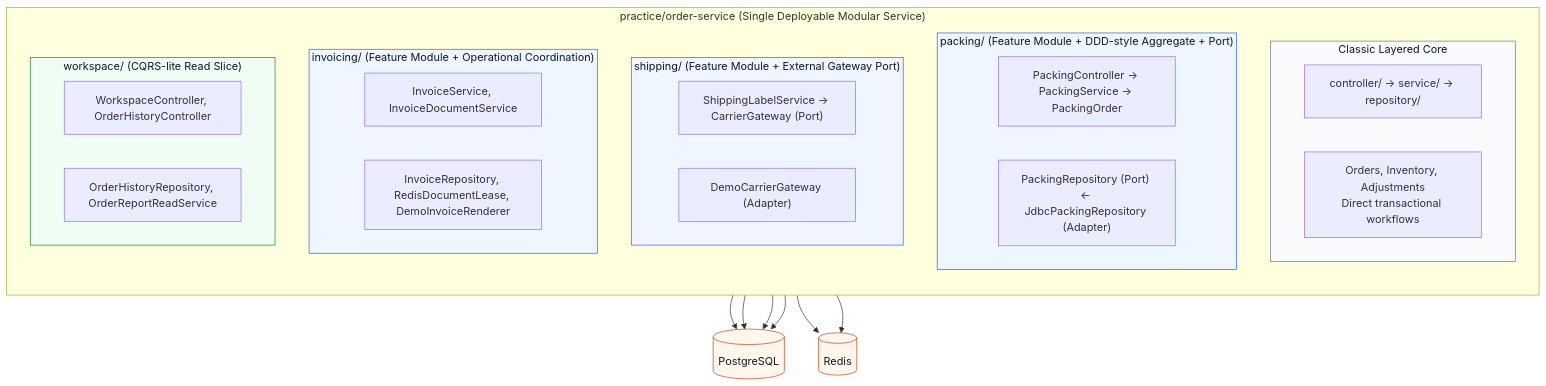
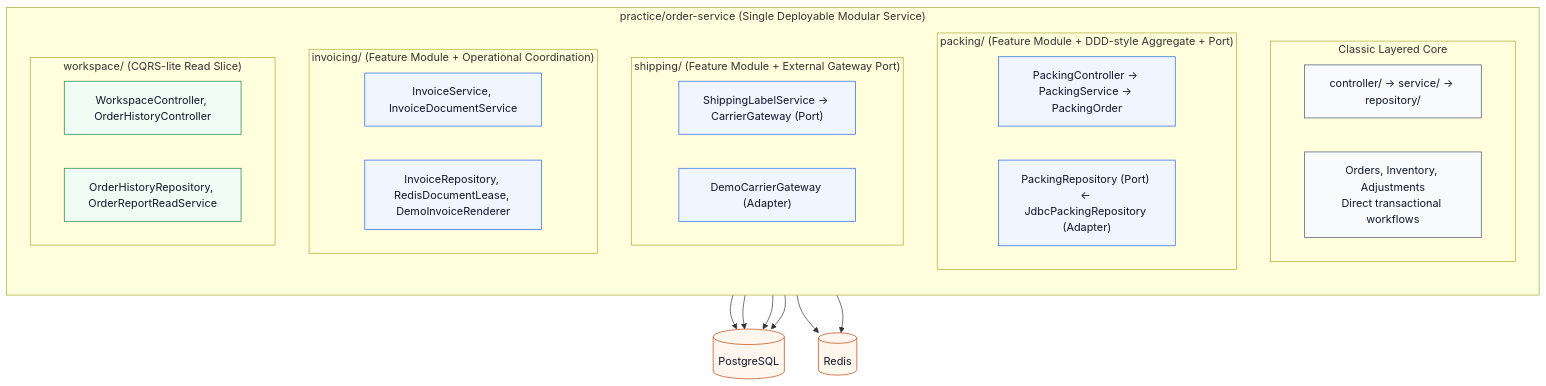
The eighth of 8 diagrams in software-design/repository-architecture-and-design-patterns.md (derricksaw/learning), drawn with Mermaid before and after one commit. The commit also changed other lines of this file, not shown here.

Commit message:
Fix Mermaid parse error and dark-mode contrast in repository architecture note

````diff
--- a/software-design/repository-architecture-and-design-patterns.md
+++ b/software-design/repository-architecture-and-design-patterns.md
@@ -438,48 +439,48 @@
 ```mermaid
 flowchart TB
     subgraph APP["practice/order-service (Single Deployable Modular Service)"]
         direction TB
         subgraph CORE["Classic Layered Core"]
             C1["controller/ -> service/ -> repository/"]
             C1N["Orders, Inventory, Adjustments<br/>Direct transactional workflows"]
         end
 
         subgraph PACK["packing/ (Feature Module + DDD-style Aggregate + Port)"]
             P1["PackingController -> PackingService -> PackingOrder"]
             P2["PackingRepository (Port) <- JdbcPackingRepository (Adapter)"]
         end
 
         subgraph SHIP["shipping/ (Feature Module + External Gateway Port)"]
             S1["ShippingLabelService -> CarrierGateway (Port)"]
             S2["DemoCarrierGateway (Adapter)"]
         end
 
         subgraph INV["invoicing/ (Feature Module + Operational Coordination)"]
             I1["InvoiceService, InvoiceDocumentService"]
             I2["InvoiceRepository, RedisDocumentLease, DemoInvoiceRenderer"]
         end
 
         subgraph WORK["workspace/ (CQRS-lite Read Slice)"]
             W1["WorkspaceController, OrderHistoryController"]
             W2["OrderHistoryRepository, OrderReportReadService"]
         end
     end
 
     DB[("PostgreSQL")]
     RED[("Redis")]
     PACK --> DB
     CORE --> DB
     WORK --> DB
     WORK --> RED
     INV --> DB
     INV --> RED
 
-    classDef layer fill:#f8fafc,stroke:#64748b,color:#0f172a
-    classDef ddd fill:#eff6ff,stroke:#2563eb,color:#0f172a
-    classDef read fill:#f0fdf4,stroke:#15803d,color:#0f172a
-    classDef infra fill:#fff7ed,stroke:#c2410c,color:#0f172a
-    class CORE layer
-    class PACK,SHIP,INV ddd
-    class WORK read
-    class DB,RED infra
+    classDef layerNode fill:#f8fafc,stroke:#475569,color:#0f172a
+    classDef moduleNode fill:#eff6ff,stroke:#2563eb,color:#0f172a
+    classDef readNode fill:#f0fdf4,stroke:#15803d,color:#0f172a
+    classDef infraNode fill:#fff7ed,stroke:#c2410c,color:#0f172a
+    class C1,C1N layerNode
+    class P1,P2,S1,S2,I1,I2 moduleNode
+    class W1,W2 readNode
+    class DB,RED infraNode
 ```
````
